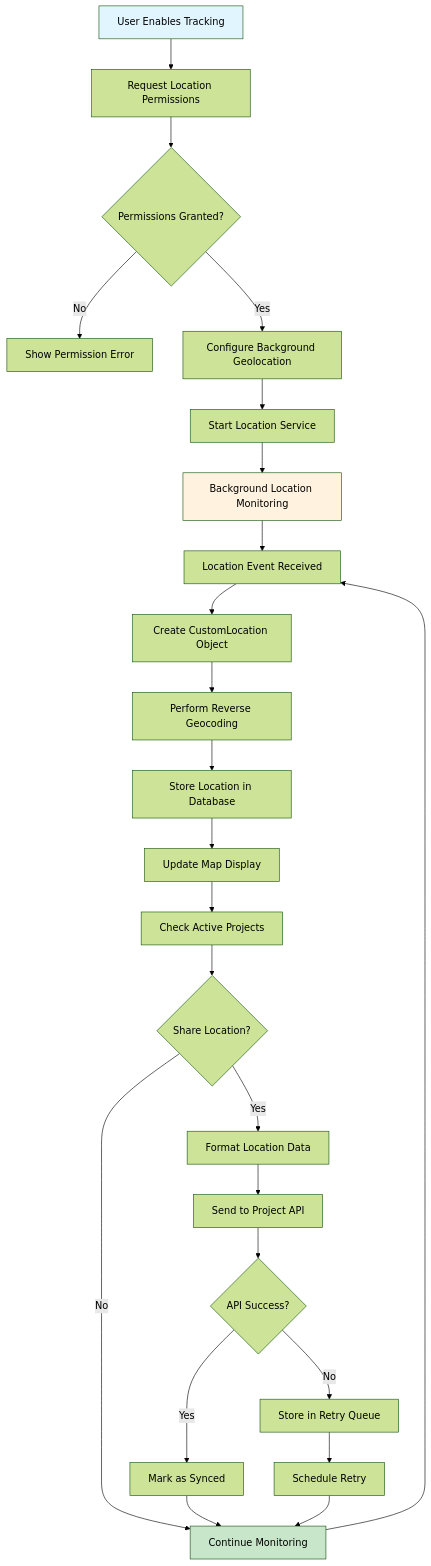
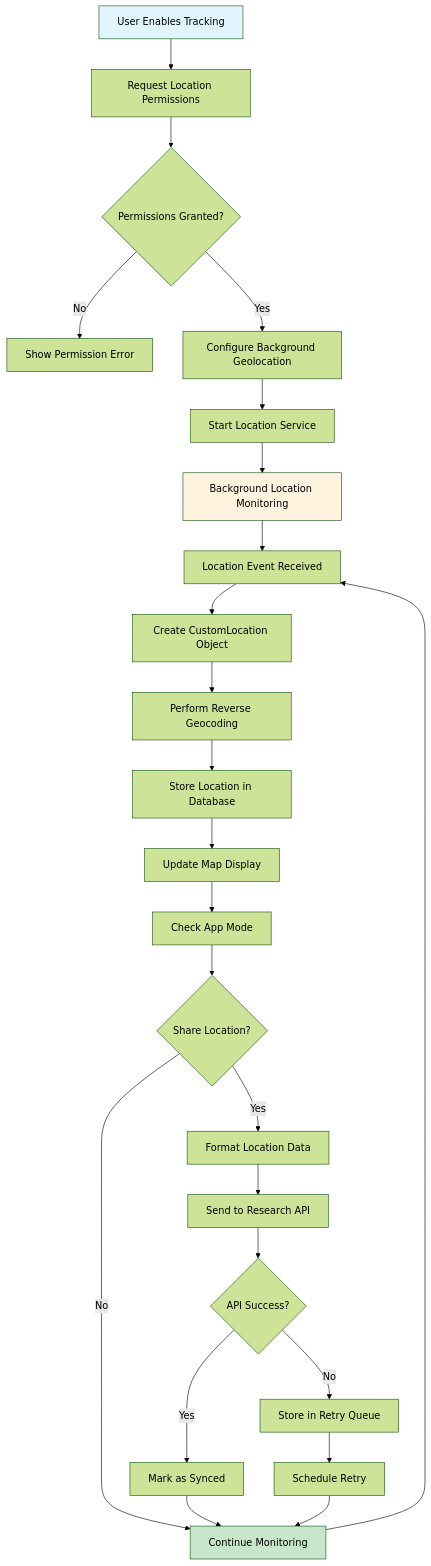
The second of 10 diagrams in docs/FLOW_CHARTS.md (ActivitySpaceLab/gauteng-wellbeing-mapper-app), drawn with Mermaid (forest theme) before and after one commit. The commit also changed other lines of this file and 5 other files, not shown here.

````diff
--- a/docs/FLOW_CHARTS.md
+++ b/docs/FLOW_CHARTS.md
@@ -39,32 +39,32 @@
 ```mermaid
 flowchart TD
     A[User Enables Tracking] --> B[Request Location Permissions]
     B --> C{Permissions Granted?}
     C -->|No| D[Show Permission Error]
     C -->|Yes| E[Configure Background Geolocation]
     E --> F[Start Location Service]
     F --> G[Background Location Monitoring]
     
     G --> H[Location Event Received]
     H --> I[Create CustomLocation Object]
     I --> J[Perform Reverse Geocoding]
     J --> K[Store Location in Database]
     K --> L[Update Map Display]
-    L --> M[Check Active Projects]
+    L --> M[Check App Mode]
     M --> N{Share Location?}
     N -->|Yes| O[Format Location Data]
     N -->|No| P[Continue Monitoring]
-    O --> Q[Send to Project API]
+    O --> Q[Send to Research API]
     Q --> R{API Success?}
     R -->|Yes| S[Mark as Synced]
     R -->|No| T[Store in Retry Queue]
     S --> P
     T --> U[Schedule Retry]
     U --> P
     
     P --> H
     
     style A fill:#e1f5fe
     style G fill:#fff3e0
     style P fill:#c8e6c9
 ```
````
